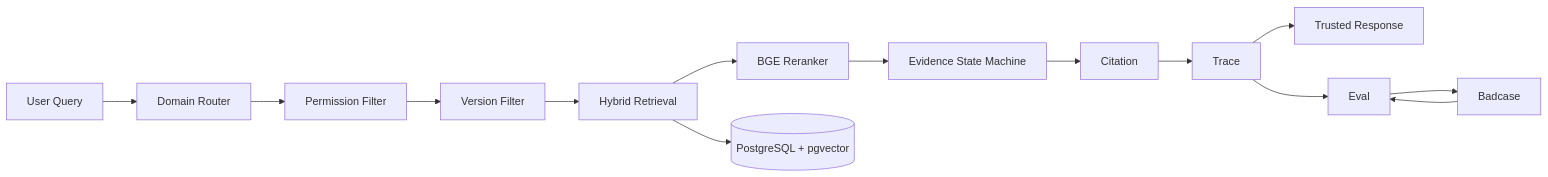
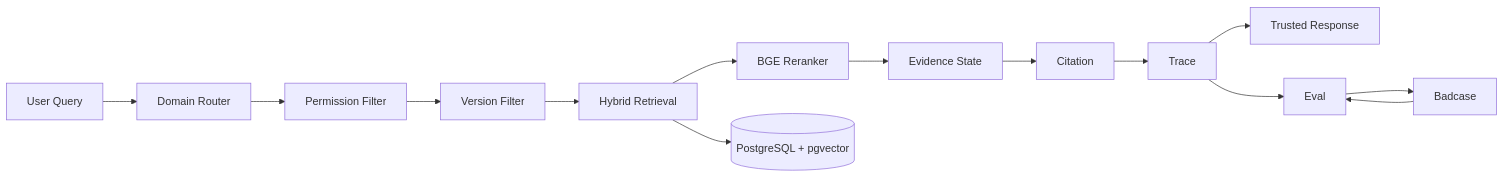
The first of 2 diagrams in README.md (hmy-create/KnowFlow), drawn with Mermaid before and after one commit. The commit also changed other lines of this file and 1 other file, not shown here.

````diff
--- a/README.md
+++ b/README.md
@@ -252,25 +333,25 @@
 ```mermaid
 flowchart LR
 
-    U[User Query]
+    Q[User Query]
 
-    U --> D[Domain Router]
+    Q --> D[Domain Router]
     D --> P[Permission Filter]
     P --> V[Version Filter]
     V --> R[Hybrid Retrieval]
     R --> RR[BGE Reranker]
-    RR --> E[Evidence State Machine]
+    RR --> E[Evidence State]
     E --> C[Citation]
     C --> T[Trace]
     T --> O[Trusted Response]
 
     DB[(PostgreSQL + pgvector)]
     R --> DB
 
     EV[Eval]
     BC[Badcase]
 
     T --> EV
     EV --> BC
     BC --> EV
 ```
````
